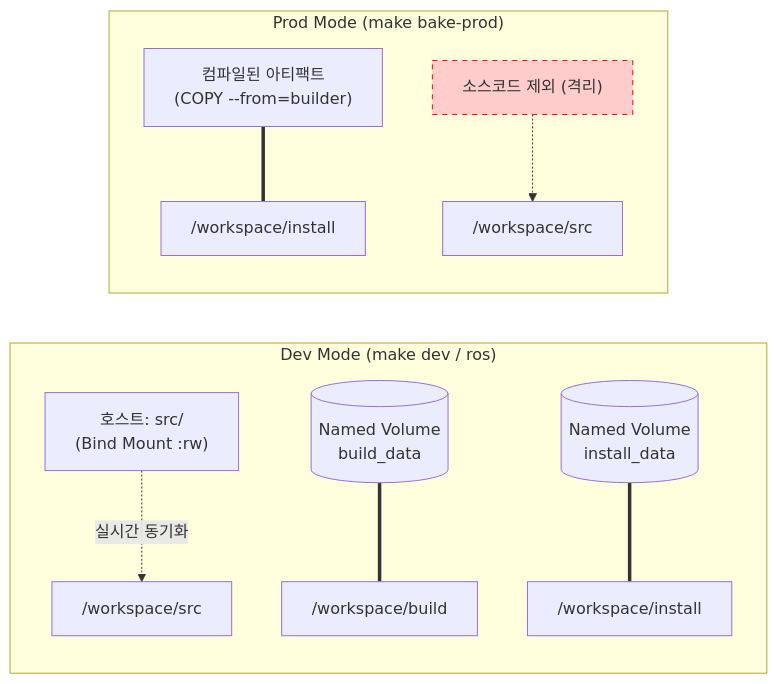
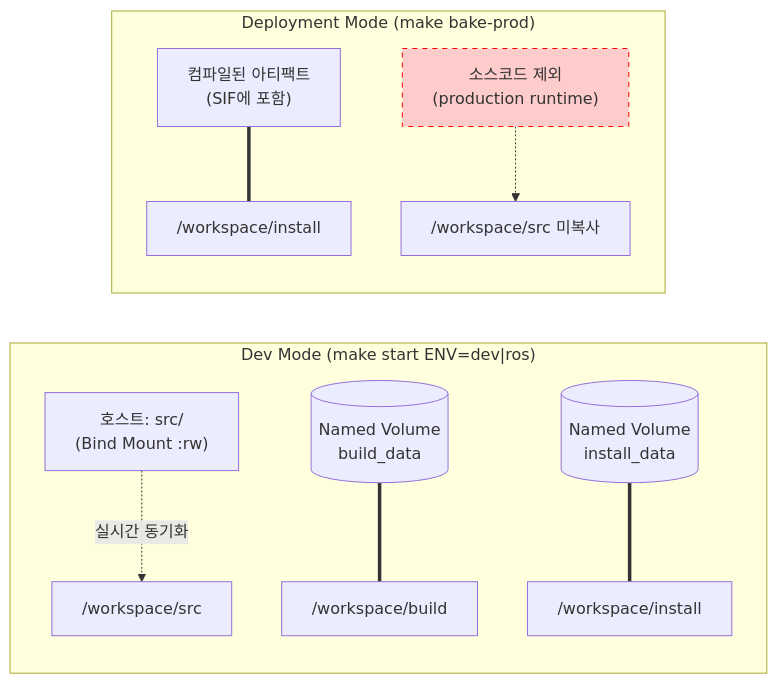
One commit to Lee-hwansoo/DevKit changed the second of 5 diagrams in README.ko.md. Above: the diagram before and after it, drawn with Mermaid. The commit also changed other lines of this file and 43 other files, not shown here.

First line of the commit message:
refactor: introduce DevKit production orchestration and zero-fork performance optimizations

````diff
--- a/README.ko.md
+++ b/README.ko.md
@@ -164,14 +167,14 @@
 ```mermaid
 graph LR
-    subgraph "Dev Mode (make dev / ros)"
+    subgraph "Dev Mode (make start ENV=dev|ros)"
         SRC["호스트: src/<br/>(Bind Mount :rw)"] -.->|실시간 동기화| WS_SRC["/workspace/src"]
         NV_BUILD[("Named Volume<br/>build_data")] === WS_BUILD["/workspace/build"]
         NV_INSTALL[("Named Volume<br/>install_data")] === WS_INSTALL["/workspace/install"]
     end
 
-    subgraph "Prod Mode (make bake-prod)"
-        BAKED["컴파일된 아티팩트<br/>(COPY --from=builder)"] === PROD_INSTALL["/workspace/install"]
-        NO_SRC["소스코드 제외 (격리)"] -.-> PROD_SRC["/workspace/src"]
+    subgraph "Deployment Mode (make bake-prod)"
+        BAKED["컴파일된 아티팩트<br/>(SIF에 포함)"] === PROD_INSTALL["/workspace/install"]
+        NO_SRC["소스코드 제외<br/>(production runtime)"] -.-> PROD_SRC["/workspace/src 미복사"]
         style NO_SRC fill:#ffcccc,color:#333,stroke:#f00,stroke-dasharray: 5 5
     end
 ```
````
